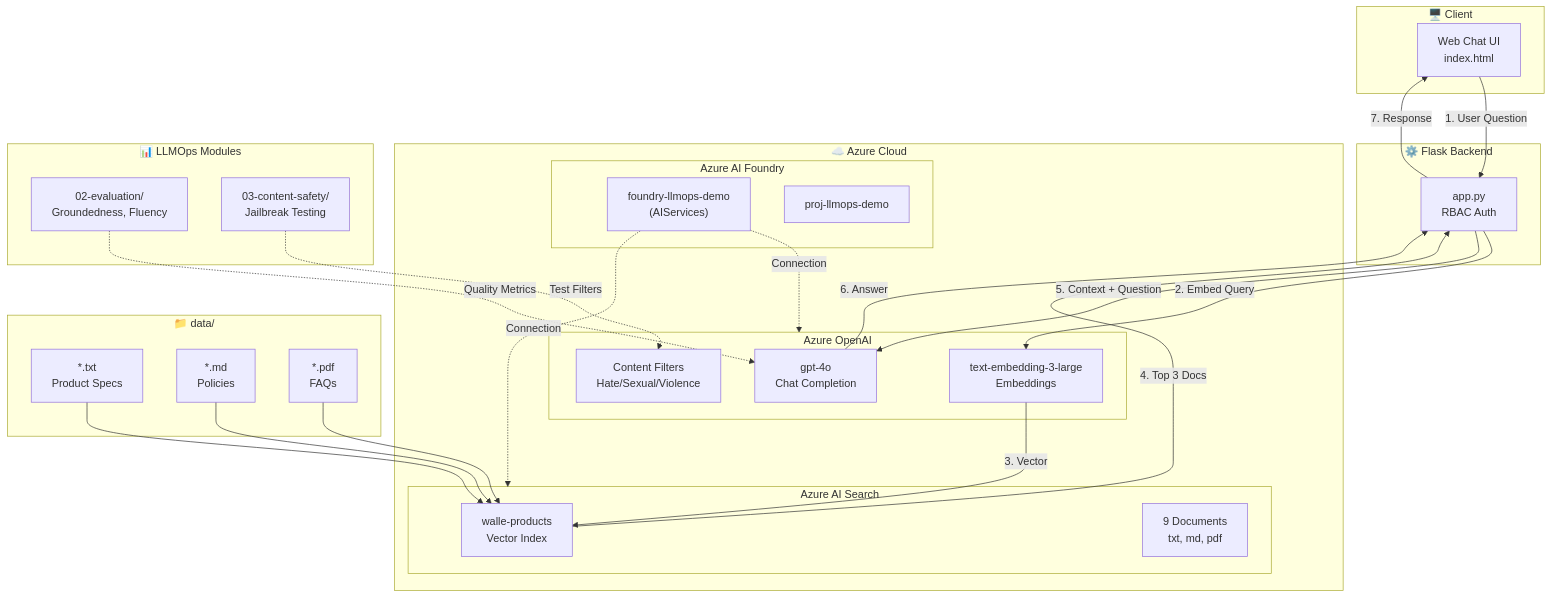
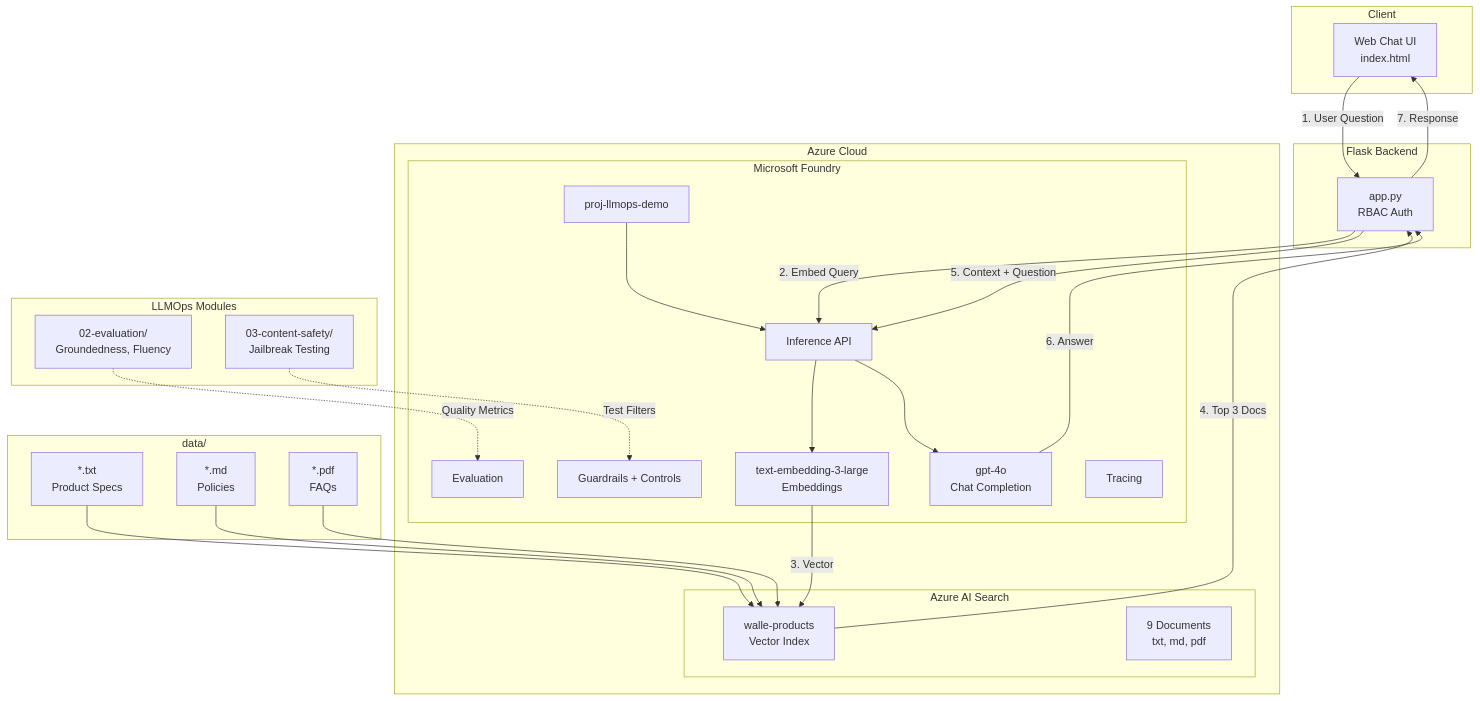
The first of 3 diagrams in README.md (ritwickmicrosoft/llmops-workshop-demo-foundry), drawn with Mermaid before and after one commit. The commit also changed other lines of this file and 11 other files, not shown here.

First line of the commit message:
Migrate to Microsoft Foundry (Canada East) - No separate Azure OpenAI required

````diff
--- a/README.md
+++ b/README.md
@@ -10,57 +10,56 @@
 ```mermaid
 flowchart TB
-    subgraph Client["🖥️ Client"]
+    subgraph Client["Client"]
         UI["Web Chat UI<br/>index.html"]
     end
 
-    subgraph Backend["⚙️ Flask Backend"]
+    subgraph Backend["Flask Backend"]
         APP["app.py<br/>RBAC Auth"]
     end
 
-    subgraph Azure["☁️ Azure Cloud"]
-        subgraph AIFoundry["Azure AI Foundry"]
-            FOUNDRY["foundry-llmops-demo<br/>(AIServices)"]
+    subgraph Azure["Azure Cloud"]
+        subgraph Foundry["Microsoft Foundry"]
             PROJECT["proj-llmops-demo"]
-        end
-        
-        subgraph OpenAI["Azure OpenAI"]
+            INFERENCE["Inference API"]
             GPT["gpt-4o<br/>Chat Completion"]
             EMB["text-embedding-3-large<br/>Embeddings"]
-            FILTER["Content Filters<br/>Hate/Sexual/Violence"]
+            SAFETY["Guardrails + Controls"]
+            EVAL["Evaluation"]
+            TRACE["Tracing"]
         end
         
         subgraph Search["Azure AI Search"]
             INDEX["walle-products<br/>Vector Index"]
             DOCS["9 Documents<br/>txt, md, pdf"]
         end
     end
 
-    subgraph LLMOps["📊 LLMOps Modules"]
-        EVAL["02-evaluation/<br/>Groundedness, Fluency"]
-        SAFETY["03-content-safety/<br/>Jailbreak Testing"]
+    subgraph LLMOps["LLMOps Modules"]
+        EVALMOD["02-evaluation/<br/>Groundedness, Fluency"]
+        SAFETYMOD["03-content-safety/<br/>Jailbreak Testing"]
     end
 
-    subgraph DataFolder["📁 data/"]
+    subgraph DataFolder["data/"]
         TXT["*.txt<br/>Product Specs"]
         MD["*.md<br/>Policies"]
         PDF["*.pdf<br/>FAQs"]
     end
 
     UI -->|"1. User Question"| APP
-    APP -->|"2. Embed Query"| EMB
+    APP -->|"2. Embed Query"| INFERENCE
+    INFERENCE --> EMB
     EMB -->|"3. Vector"| INDEX
     INDEX -->|"4. Top 3 Docs"| APP
-    APP -->|"5. Context + Question"| GPT
+    APP -->|"5. Context + Question"| INFERENCE
+    INFERENCE --> GPT
     GPT -->|"6. Answer"| APP
     APP -->|"7. Response"| UI
     
     TXT --> INDEX
     MD --> INDEX
     PDF --> INDEX
     
-    FOUNDRY -.->|"Connection"| OpenAI
-    FOUNDRY -.->|"Connection"| Search
-    
-    EVAL -.->|"Quality Metrics"| GPT
-    SAFETY -.->|"Test Filters"| FILTER
+    PROJECT --> INFERENCE
+    EVALMOD -.->|"Quality Metrics"| EVAL
+    SAFETYMOD -.->|"Test Filters"| SAFETY
 ```
````
